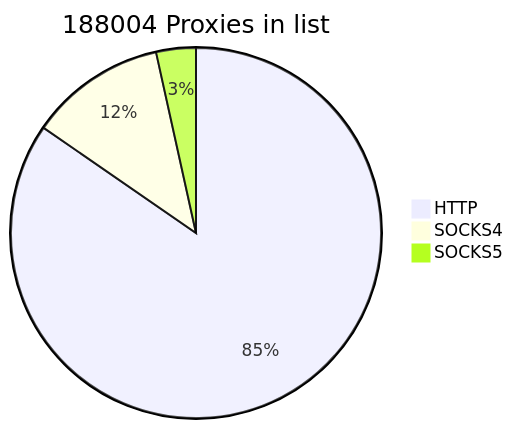
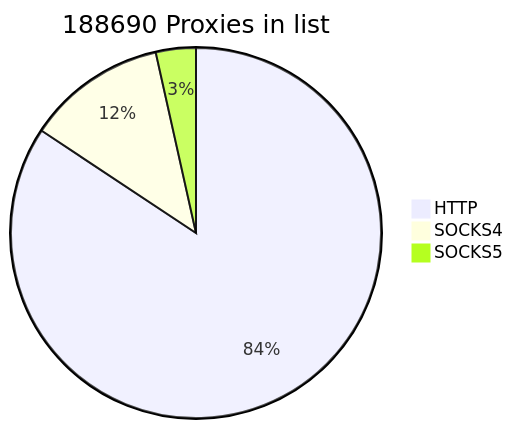
One commit to cutipu/proxylist changed the first of 2 diagrams in README.md. Above: the diagram before and after it, drawn with Mermaid. The commit also changed other lines of this file, not shown here.

````diff
--- a/README.md
+++ b/README.md
@@ -2,7 +2,7 @@
 ```mermaid
-pie title 188004 Proxies in list
-    "HTTP" : 159074
-    "SOCKS4" : 22420
-    "SOCKS5" : 6510
+pie title 188690 Proxies in list
+    "HTTP" : 159096
+    "SOCKS4" : 23004
+    "SOCKS5" : 6590
             
 ```
````
